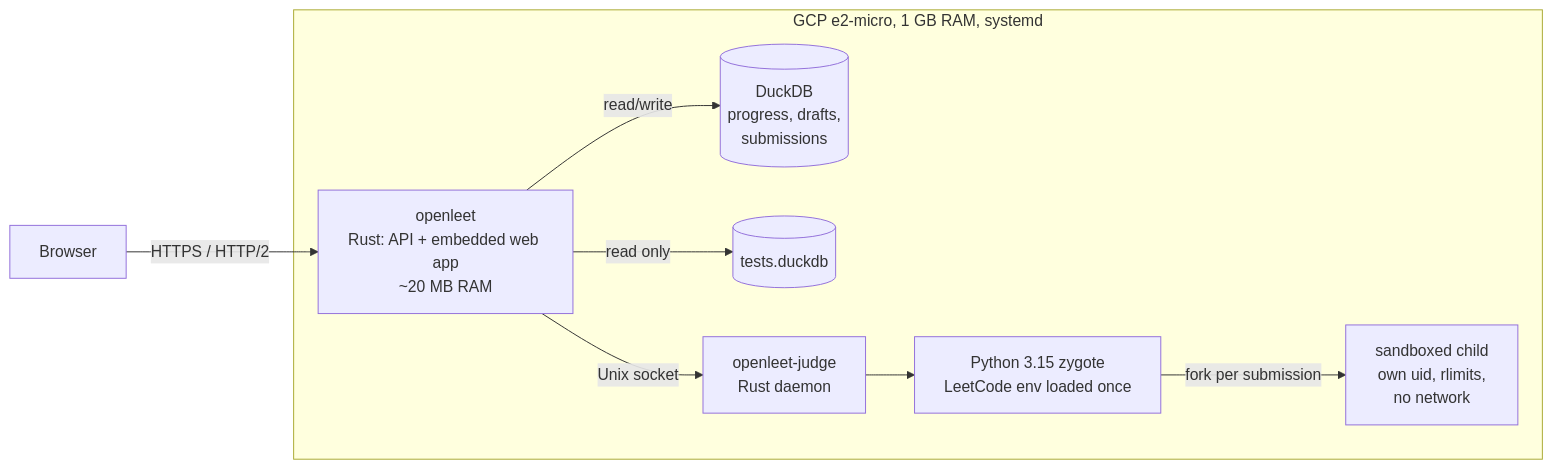
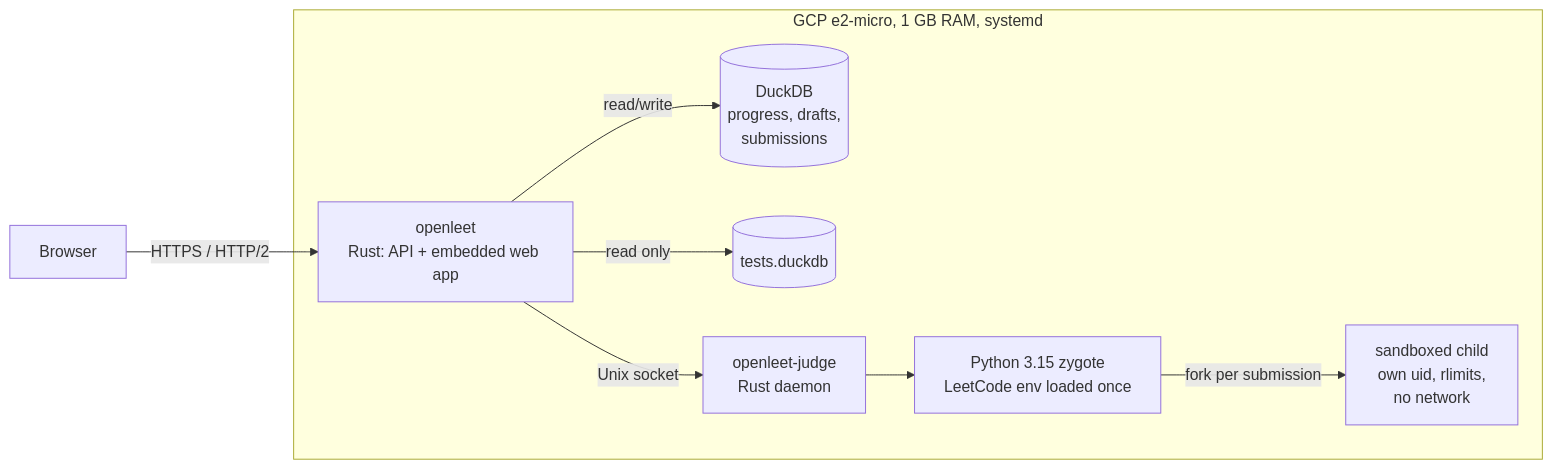
The first of 5 diagrams in README.md (nsudhanva/openleet), drawn with Mermaid before and after one commit. The commit also changed other lines of this file and 1 other file, not shown here.

````diff
--- a/README.md
+++ b/README.md
@@ -8,12 +8,12 @@
 ```mermaid
 flowchart LR
     B[Browser] -- HTTPS / HTTP/2 --> S
     subgraph VM [GCP e2-micro, 1 GB RAM, systemd]
-        S["openleet<br/>Rust: API + embedded web app<br/>~20 MB RAM"]
+        S["openleet<br/>Rust: API + embedded web app"]
         S -- read/write --> D[(DuckDB<br/>progress, drafts,<br/>submissions)]
         S -- read only --> T[(tests.duckdb)]
         S -- Unix socket --> J["openleet-judge<br/>Rust daemon"]
         J --> Z["Python 3.15 zygote<br/>LeetCode env loaded once"]
         Z -- fork per submission --> C["sandboxed child<br/>own uid, rlimits,<br/>no network"]
     end
 ```
````
